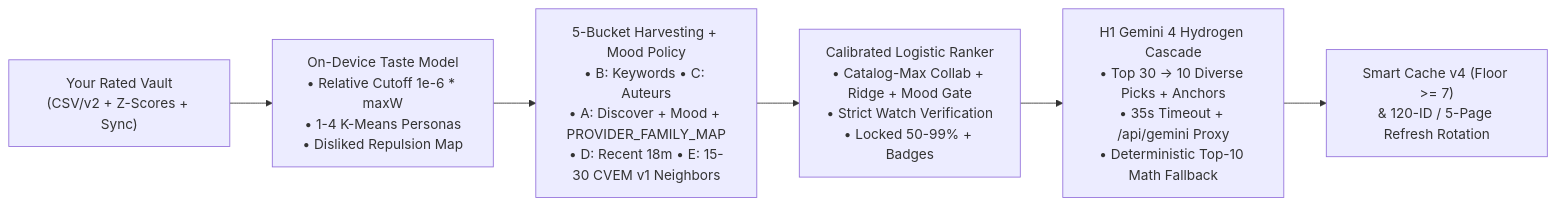
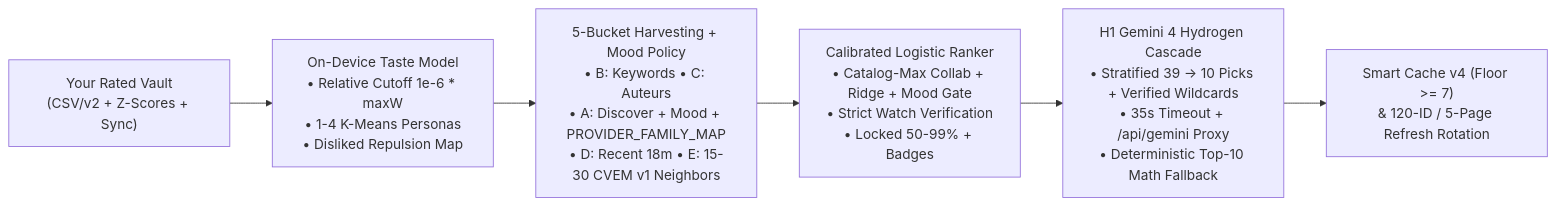
The diagram in summary.md (khuzaima175/React-Movie-Original), drawn with Mermaid before and after one commit. The commit also changed other lines of this file and 5 other files, not shown here.

````diff
--- a/summary.md
+++ b/summary.md
@@ -223,8 +223,8 @@
 ```mermaid
 flowchart LR
     A["Your Rated Vault\n(CSV/v2 + Z-Scores + Sync)"] --> B["On-Device Taste Model\n• Relative Cutoff 1e-6 * maxW\n• 1-4 K-Means Personas\n• Disliked Repulsion Map"]
     B --> C["5-Bucket Harvesting + Mood Policy\n• B: Keywords • C: Auteurs\n• A: Discover + Mood + PROVIDER_FAMILY_MAP\n• D: Recent 18m • E: 15-30 CVEM v1 Neighbors"]
     C --> D["Calibrated Logistic Ranker\n• Catalog-Max Collab + Ridge + Mood Gate\n• Strict Watch Verification\n• Locked 50-99% + Badges"]
-    D --> E["H1 Gemini 4 Hydrogen Cascade\n• Top 30 -> 10 Diverse Picks + Anchors\n• 35s Timeout + /api/gemini Proxy\n• Deterministic Top-10 Math Fallback"]
+    D --> E["H1 Gemini 4 Hydrogen Cascade\n• Stratified 39 -> 10 Picks + Verified Wildcards\n• 35s Timeout + /api/gemini Proxy\n• Deterministic Top-10 Math Fallback"]
     E --> F["Smart Cache v4 (Floor >= 7)\n& 120-ID / 5-Page Refresh Rotation"]
 ```
````
